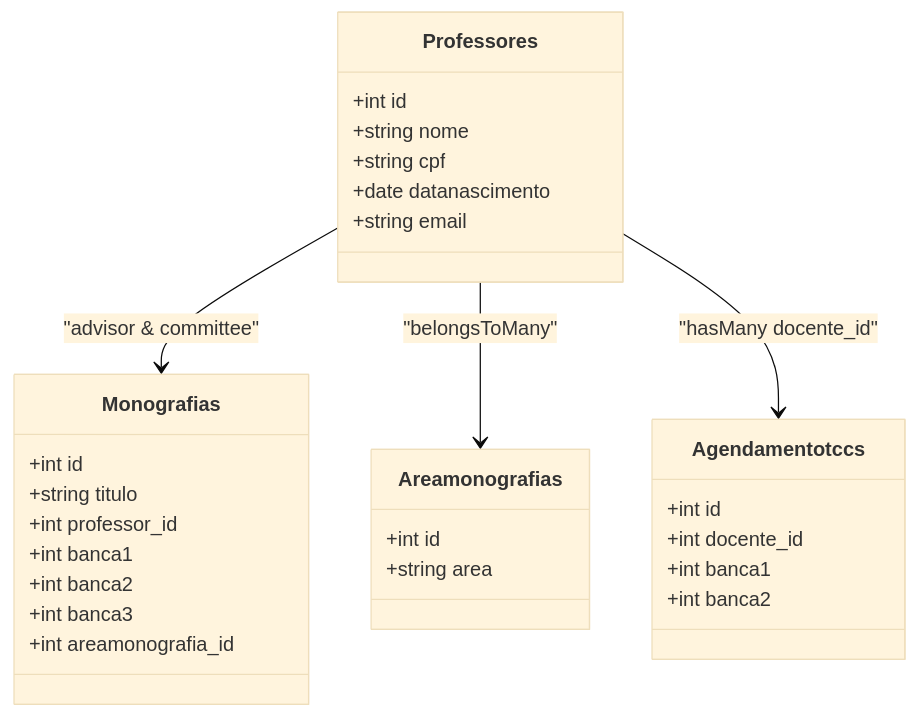
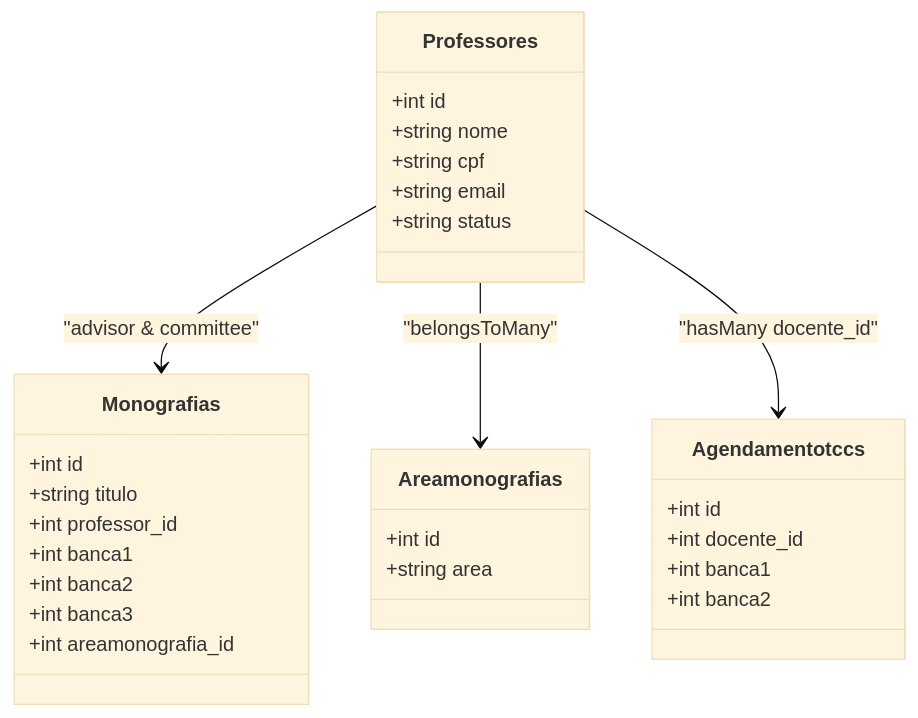
The fifth of 9 diagrams in .qoder/repowiki/en/content/Database Schema Design.md (luiseduacosta/tcc4), drawn with Mermaid (base theme) before and after one commit. The commit also changed other lines of this file and 101 other files, not shown here.

````diff
--- a/.qoder/repowiki/en/content/Database Schema Design.md
+++ b/.qoder/repowiki/en/content/Database Schema Design.md
@@ -297,32 +294,32 @@
 ```mermaid
 classDiagram
 class Professores {
 +int id
 +string nome
 +string cpf
-+date datanascimento
 +string email
++string status
 }
 class Monografias {
 +int id
 +string titulo
 +int professor_id
 +int banca1
 +int banca2
 +int banca3
 +int areamonografia_id
 }
 class Areamonografias {
 +int id
 +string area
 }
 class Agendamentotccs {
 +int id
 +int docente_id
 +int banca1
 +int banca2
 }
 Professores --> Monografias : "advisor & committee"
 Professores --> Areamonografias : "belongsToMany"
 Professores --> Agendamentotccs : "hasMany docente_id"
 ```
````
